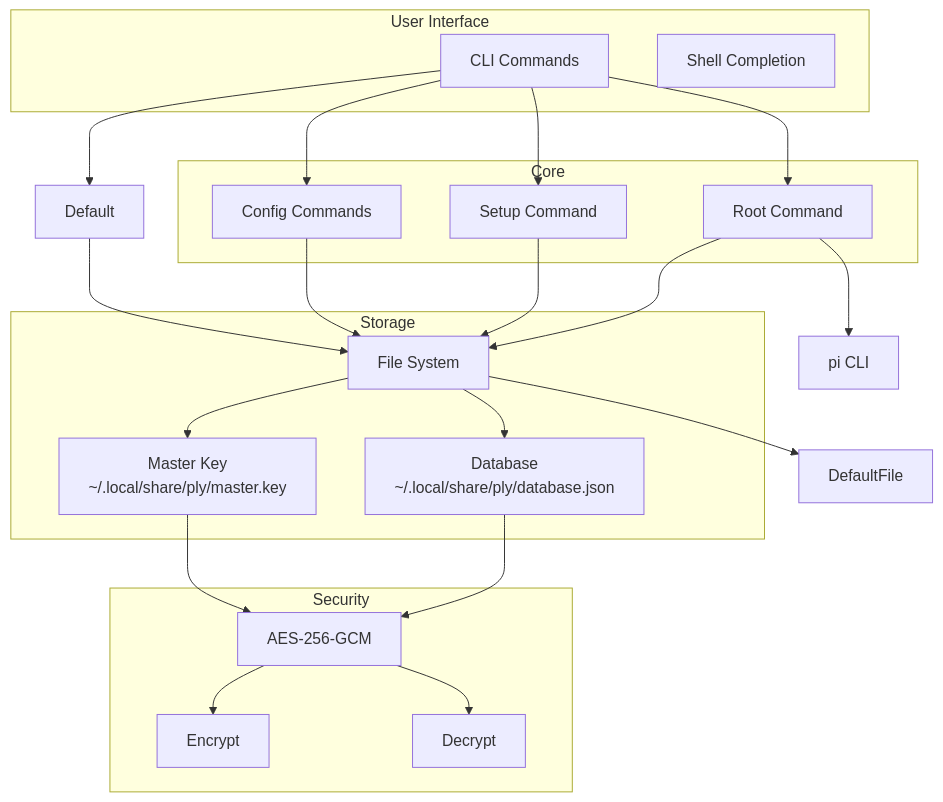
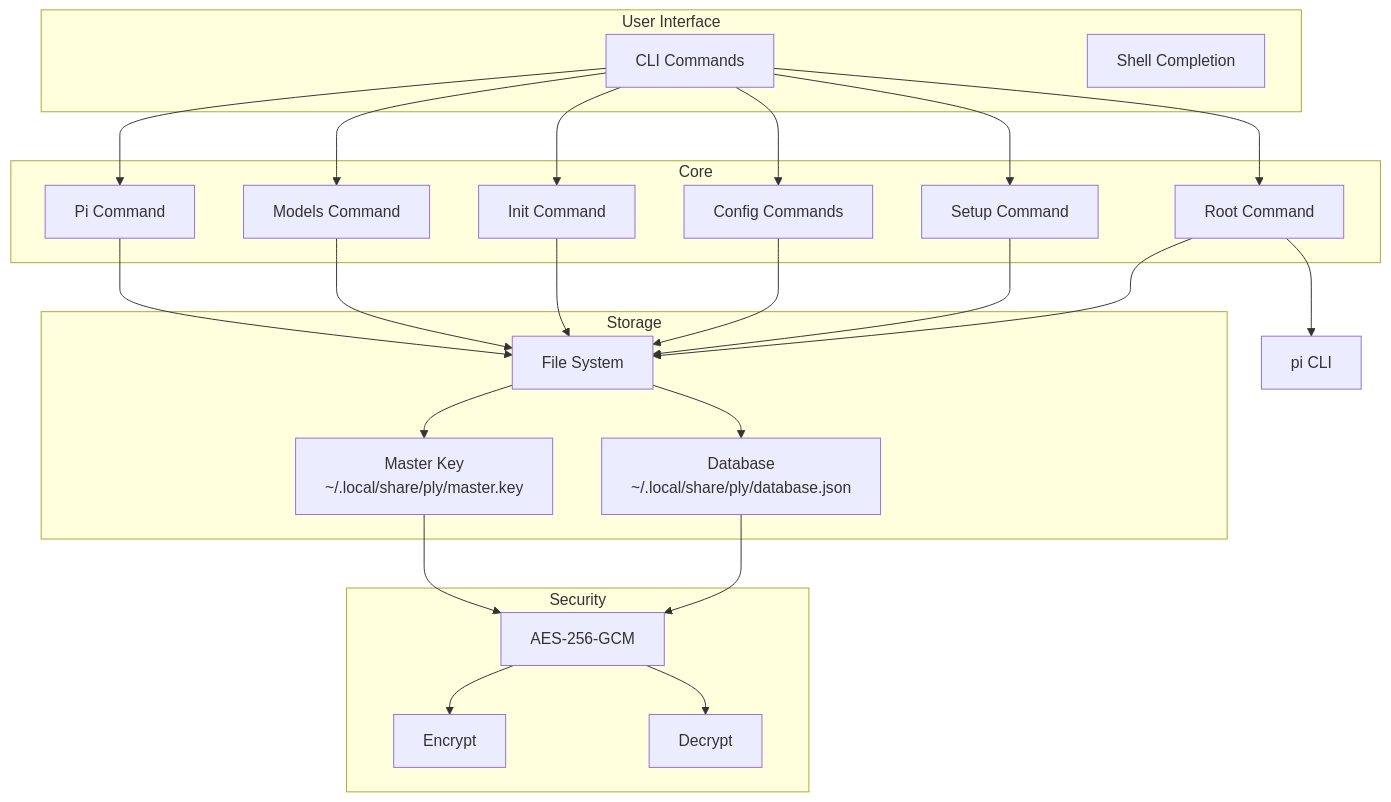
The first of 4 diagrams in docs/architecture.md (dkmnx/pyx), drawn with Mermaid before and after one commit. The commit also changed other lines of this file, not shown here.

First line of the commit message:
docs: fix Mermaid diagrams to match source code

````diff
--- a/docs/architecture.md
+++ b/docs/architecture.md
@@ -7,47 +7,53 @@
 ```mermaid
 graph TB
     subgraph User Interface
         CLI[CLI Commands]
         Shell[Shell Completion]
     end
 
     subgraph Core
         Root[Root Command]
         Setup[Setup Command]
         Config[Config Commands]
+        Init[Init Command]
+        Models[Models Command]
+        Pi[Pi Command]
     end
 
     subgraph Storage
         FS[File System]
         MasterKey[Master Key<br/>~/.local/share/ply/master.key]
         DB[Database<br/>~/.local/share/ply/database.json]
     end
 
     subgraph Security
         Crypto[AES-256-GCM]
         Encrypt[Encrypt]
         Decrypt[Decrypt]
     end
 
     CLI --> Root
     CLI --> Setup
     CLI --> Config
-    CLI --> Default
+    CLI --> Init
+    CLI --> Models
+    CLI --> Pi
 
     Root --> FS
     Setup --> FS
     Config --> FS
-    Default --> FS
+    Init --> FS
+    Models --> FS
+    Pi --> FS
 
     FS --> MasterKey
     FS --> DB
-    FS --> DefaultFile
 
     DB --> Crypto
     MasterKey --> Crypto
 
     Crypto --> Encrypt
     Crypto --> Decrypt
 
     Root --> PI[pi CLI]
 ```
````
